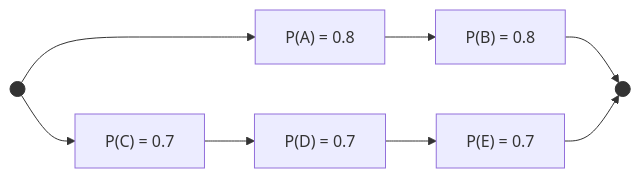
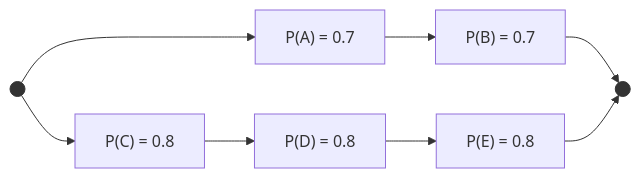
One commit to jelambrar96-unisergio/estadistica-y-probabilidad changed the diagram in cohorts/2026-a/cohort-02/part-01-v1/media/diagrama_bloques.mmd. Above: the diagram before and after it, drawn with Mermaid.

Commit message:
add mermaid files

```diff
--- a/cohorts/2026-a/cohort-02/part-01-v1/media/diagrama_bloques.mmd
+++ b/cohorts/2026-a/cohort-02/part-01-v1/media/diagrama_bloques.mmd
@@ -1,19 +1,19 @@
 graph LR
     %% Definición de nodos
-    A["P(A) = 0.8"]
-    B["P(B) = 0.8"]
-    C["P(C) = 0.7"]
-    D["P(D) = 0.7"]
-    E["P(E) = 0.7"]
+    A["P(A) = 0.7"]
+    B["P(B) = 0.7"]
+    C["P(C) = 0.8"]
+    D["P(D) = 0.8"]
+    E["P(E) = 0.8"]
     
     %% Nodos invisibles para unión paralela
     Start(( ))
     End(( ))
 
     %% Conexiones
     Start --> A --> B --> End
     Start --> C --> D --> E --> End
 
     %% Estilos (Opcional, para mejor visualización)
     style Start fill:#333,stroke:#333
     style End fill:#333,stroke:#333
```
